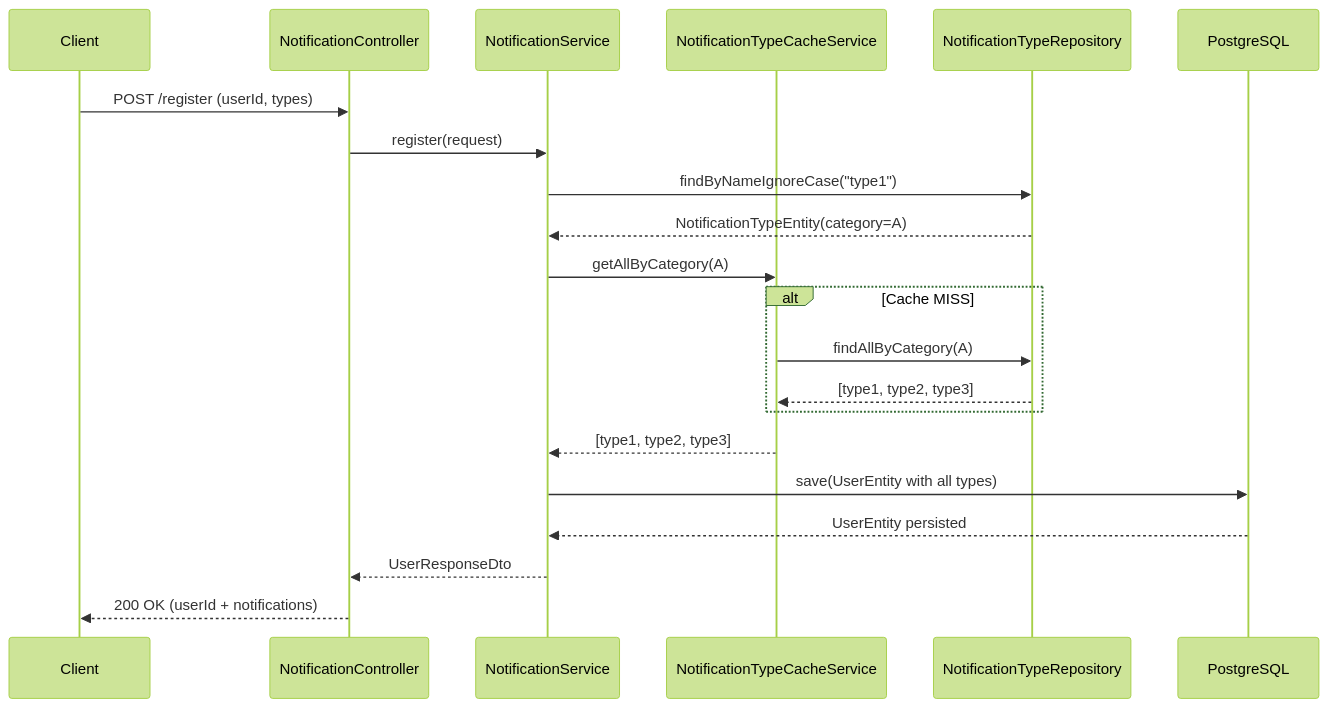
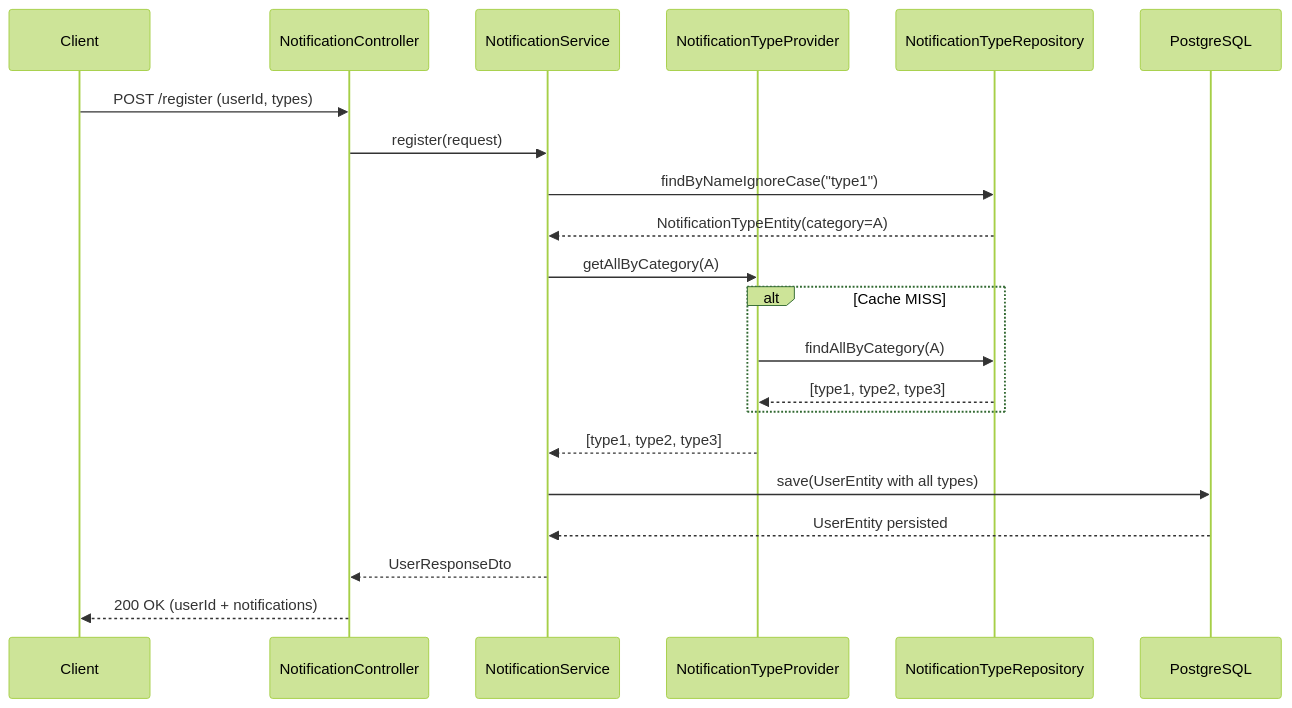
The second of 2 diagrams in README.md (balbayrakoglu/be-coding-challenge-burak), drawn with Mermaid (forest theme) before and after one commit. The commit also changed other lines of this file and 115 other files, not shown here.

````diff
--- a/README.md
+++ b/README.md
@@ -65,24 +65,24 @@
 ```mermaid
 sequenceDiagram
     participant Client
     participant Controller as NotificationController
     participant Service as NotificationService
-    participant Cache as NotificationTypeCacheService
+    participant Provider as NotificationTypeProvider
     participant Repo as NotificationTypeRepository
     participant DB as PostgreSQL
 
     Client->>Controller: POST /register (userId, types)
     Controller->>Service: register(request)
     Service->>Repo: findByNameIgnoreCase("type1")
     Repo-->>Service: NotificationTypeEntity(category=A)
-    Service->>Cache: getAllByCategory(A)
+    Service->>Provider: getAllByCategory(A)
     alt Cache MISS
-        Cache->>Repo: findAllByCategory(A)
-        Repo-->>Cache: [type1, type2, type3]
+        Provider->>Repo: findAllByCategory(A)
+        Repo-->>Provider: [type1, type2, type3]
     end
-    Cache-->>Service: [type1, type2, type3]
+    Provider-->>Service: [type1, type2, type3]
     Service->>DB: save(UserEntity with all types)
     DB-->>Service: UserEntity persisted
     Service-->>Controller: UserResponseDto
     Controller-->>Client: 200 OK (userId + notifications)
 ```
````
